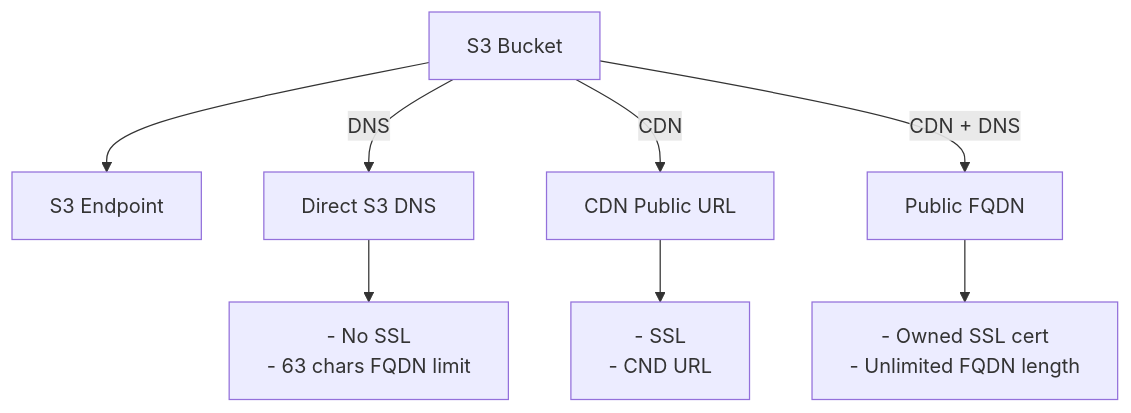
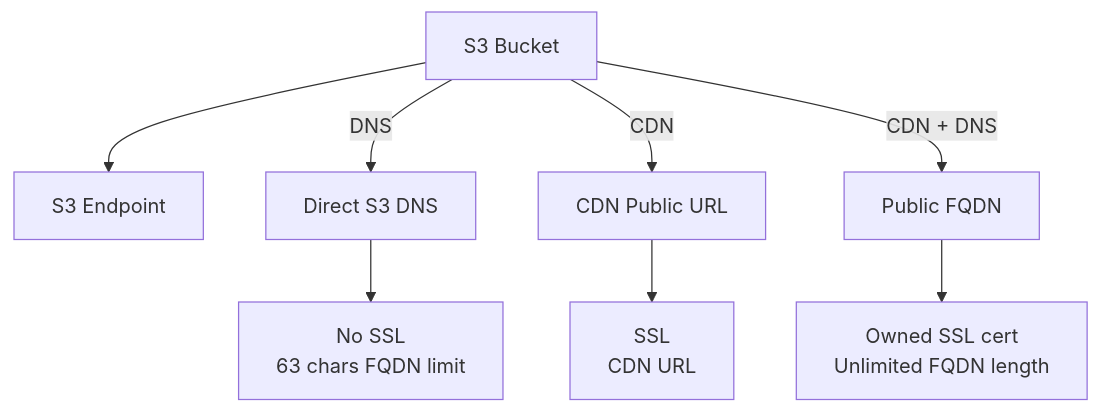
The diagram in README.md (bitovi/github-actions-deploy-static-site-to-aws), drawn with Mermaid before and after one commit.

Commit message:
Fixing README.md mermaid graph

````diff
--- a/README.md
+++ b/README.md
@@ -9,7 +9,12 @@
 ```mermaid
 graph TD;
     A[S3 Bucket] --> B[S3 Endpoint]
-    A -->|DNS| C[Direct S3 DNS] --> G[- No SSL\n- 63 chars FQDN limit]
-    A -->|CDN| D[CDN Public URL] --> H[- SSL\n- CND URL]
-    A -->|CDN + DNS| E[Public FQDN] --> I[- Owned SSL cert\n- Unlimited FQDN length]
+    A -->|DNS| C[Direct S3 DNS] 
+    C --> G["No SSL<br>63 chars FQDN limit"]
+
+    A -->|CDN| D[CDN Public URL] 
+    D --> H["SSL<br>CDN URL"]
+
+    A -->|CDN + DNS| E[Public FQDN] 
+    E --> I["Owned SSL cert<br>Unlimited FQDN length"]
 ```
````
